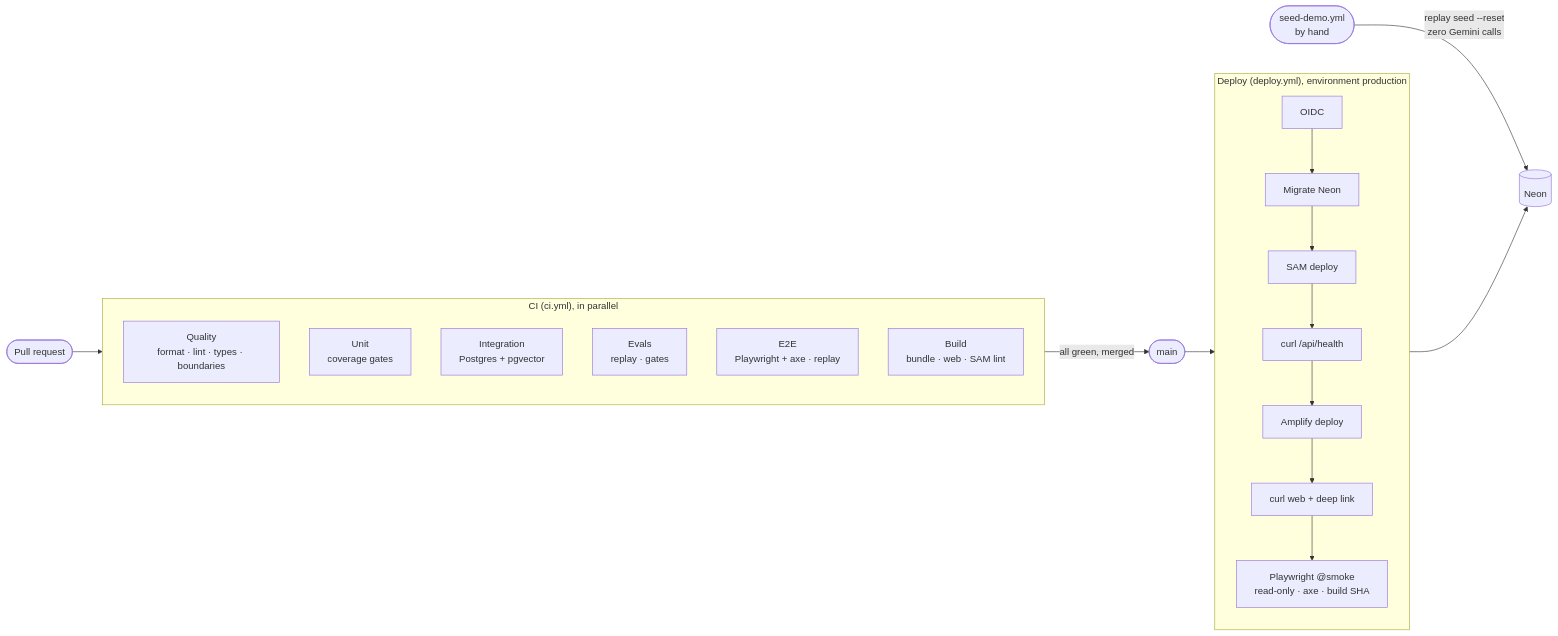
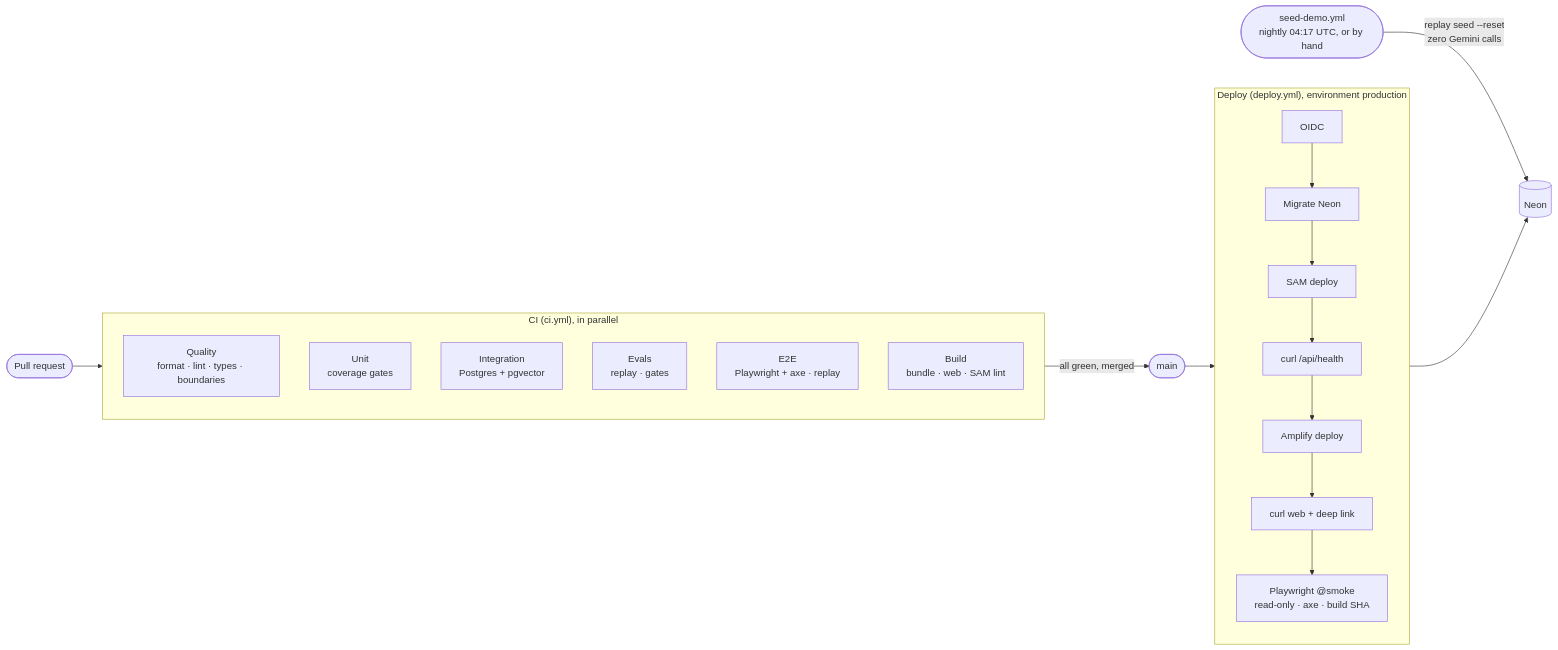
Before and after one commit to Hqasim/hiresignal: diagram 13 of 13 in docs/architecture.md, drawn with Mermaid. The commit also changed other lines of this file, not shown here.

First line of the commit message:
docs(architecture): add the C4 context, API components and layer rules

````diff
--- a/docs/architecture.md
+++ b/docs/architecture.md
@@ -366,21 +461,21 @@
 ```mermaid
 flowchart LR
   pr([Pull request]) --> ci
   subgraph ci["CI (ci.yml), in parallel"]
     quality[Quality<br/>format · lint · types · boundaries]
     unit[Unit<br/>coverage gates]
     integration[Integration<br/>Postgres + pgvector]
     evals[Evals<br/>replay · gates]
     e2e[E2E<br/>Playwright + axe · replay]
     build[Build<br/>bundle · web · SAM lint]
   end
   ci -->|all green, merged| main([main])
   main --> deploy
   subgraph deploy["Deploy (deploy.yml), environment production"]
     direction TB
     oidc[OIDC] --> migrate[Migrate Neon] --> sam[SAM deploy] --> apismoke[curl /api/health]
     apismoke --> amplify[Amplify deploy] --> websmoke[curl web + deep link] --> smoke["Playwright @smoke<br/>read-only · axe · build SHA"]
   end
-  seed(["seed-demo.yml<br/>by hand"]) -->|"replay seed --reset<br/>zero Gemini calls"| neon[(Neon)]
+  seed(["seed-demo.yml<br/>nightly 04:17 UTC, or by hand"]) -->|"replay seed --reset<br/>zero Gemini calls"| neon[(Neon)]
   migrate --> neon
 ```
````
